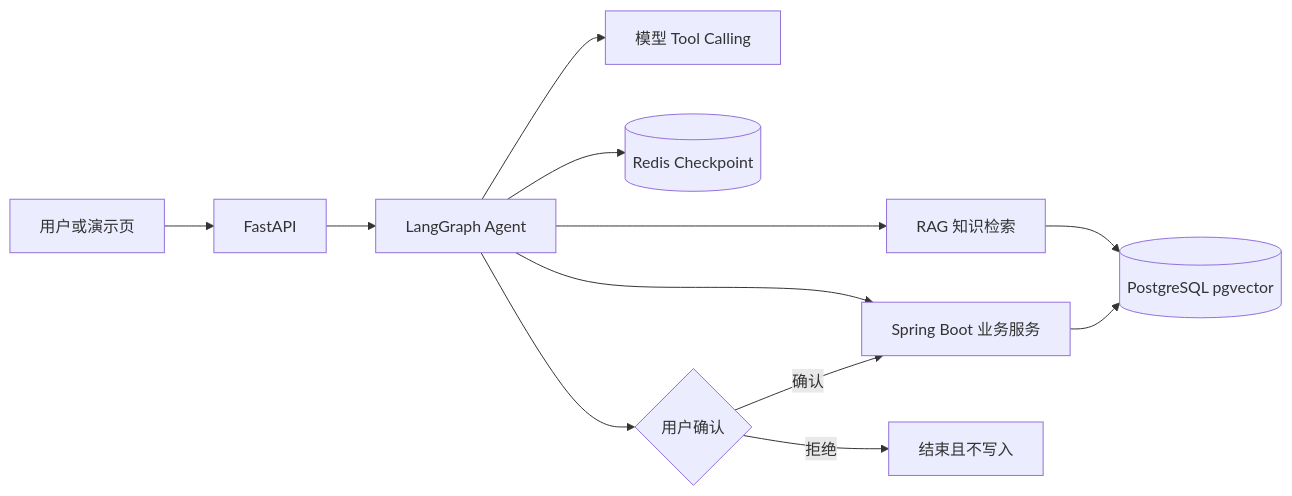
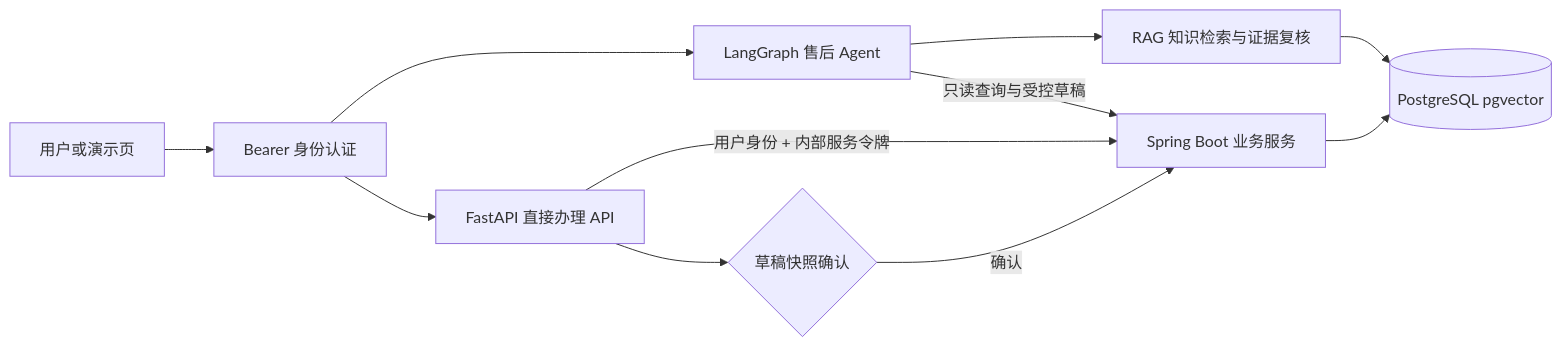
One commit to xypw/opspilot-agent-platform changed the diagram in docs/architecture.md. Above: the diagram before and after it, drawn with Mermaid. The commit also changed other lines of this file and 71 other files, not shown here.

````diff
--- a/docs/architecture.md
+++ b/docs/architecture.md
@@ -5,14 +5,13 @@
 ```mermaid
 flowchart LR
-    U[用户或演示页] --> API[FastAPI]
-    API --> G[LangGraph Agent]
-    G --> LLM[模型 Tool Calling]
-    G --> RAG[RAG 知识检索]
+    U[用户或演示页] --> AUTH[Bearer 身份认证]
+    AUTH --> AGENT[LangGraph 售后 Agent]
+    AUTH --> API[FastAPI 直接办理 API]
+    AGENT --> RAG[RAG 知识检索与证据复核]
     RAG --> PG[(PostgreSQL pgvector)]
-    G --> REDIS[(Redis Checkpoint)]
-    G --> JAVA[Spring Boot 业务服务]
+    AGENT -->|只读查询与受控草稿| JAVA[Spring Boot 业务服务]
+    API -->|用户身份 + 内部服务令牌| JAVA[Spring Boot 业务服务]
     JAVA --> PG
-    G --> HITL{用户确认}
-    HITL -- 拒绝 --> END[结束且不写入]
+    API --> HITL{草稿快照确认}
     HITL -- 确认 --> JAVA
 ```
````
